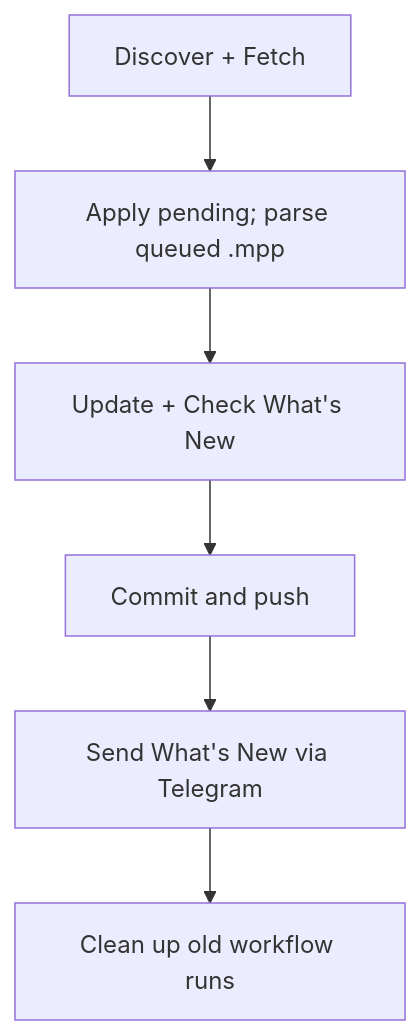
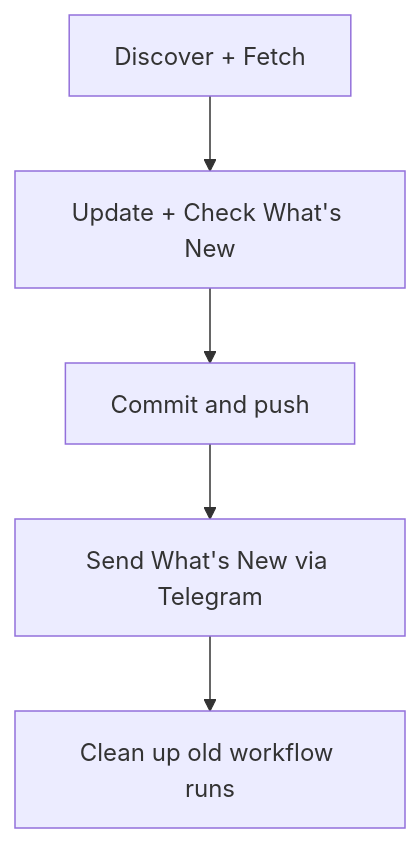
The second of 3 diagrams in CONTRIBUTING.md (nvbangg/awesome-morphe), drawn with Mermaid before and after one commit. The commit also changed other lines of this file and 12 other files, not shown here.

````diff
--- a/CONTRIBUTING.md
+++ b/CONTRIBUTING.md
@@ -52,8 +49,7 @@
 ```mermaid
 flowchart TD
-    A["Discover + Fetch"] --> B["Apply pending; parse queued .mpp"]
-    B --> C["Update + Check What's New"]
-    C --> D["Commit and push"]
-    D --> E["Send What's New via Telegram"]
-    E --> F["Clean up old workflow runs"]
+    A["Discover + Fetch"] --> B["Update + Check What's New"]
+    B --> C["Commit and push"]
+    C --> D["Send What's New via Telegram"]
+    D --> E["Clean up old workflow runs"]
 ```
````
